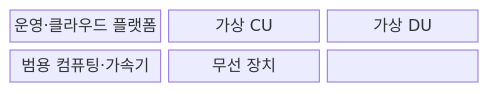
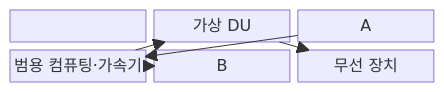
One commit to agnusdei1207/knowledge-base changed the first of 2 diagrams in src/content/docs/notes/04-network/112_virtual_ran.md. Above: the diagram before and after it, drawn with Mermaid. The commit also changed other lines of this file and 16 other files, not shown here.

````diff
--- a/src/content/docs/notes/04-network/112_virtual_ran.md
+++ b/src/content/docs/notes/04-network/112_virtual_ran.md
@@ -56,11 +56,9 @@
 ```mermaid
-block-beta
+block
   columns 3
-  A["운영·클라우드 플랫폼"]
-  B["가상 CU"]
-  C["가상 DU"]
-  D["범용 컴퓨팅·가속기"]
-  E["무선 장치"]
-    A --- B --- C
-    C --- D --- E
+  A["운영·클라우드 플랫폼"] --> B["가상 CU"] --> C["가상 DU"]
+  A --> D["범용 컴퓨팅·가속기"]
+  D --> B
+  D --> C
+  C --> E["무선 장치"]
 ```
````
